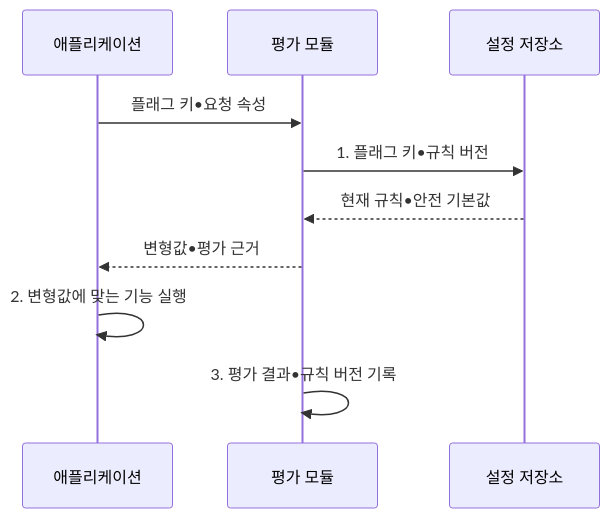
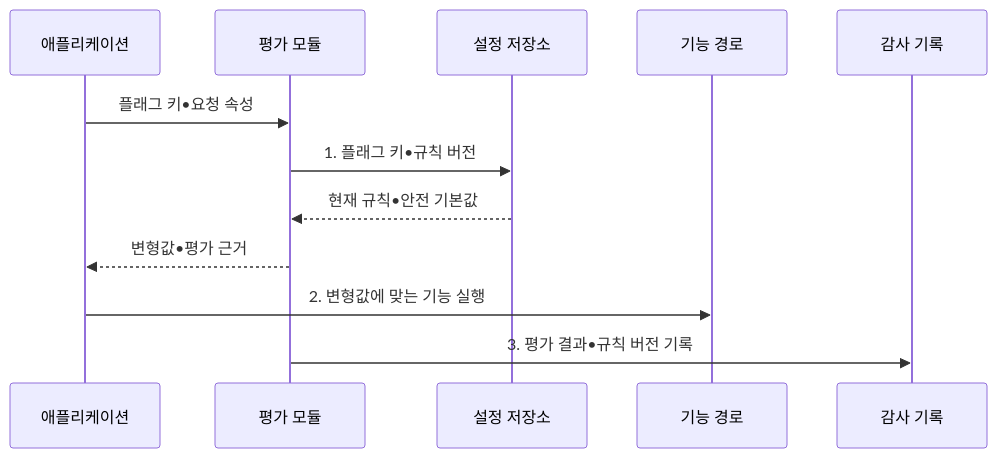
One commit to agnusdei1207/knowledge-base changed the second of 2 diagrams in src/content/docs/notes/03-software/064_feature_flag.md. Above: the diagram before and after it, drawn with Mermaid. The commit also changed other lines of this file and 8 other files, not shown here.

````diff
--- a/src/content/docs/notes/03-software/064_feature_flag.md
+++ b/src/content/docs/notes/03-software/064_feature_flag.md
@@ -108,12 +108,14 @@
 ```mermaid
 sequenceDiagram
     participant A as 애플리케이션
     participant E as 평가 모듈
     participant S as 설정 저장소
+    participant F as 기능 경로
+    participant L as 감사 기록
     A->>E: 플래그 키•요청 속성
     E->>S: 1. 플래그 키•규칙 버전
     S-->>E: 현재 규칙•안전 기본값
     E-->>A: 변형값•평가 근거
-    A->>A: 2. 변형값에 맞는 기능 실행
-    E->>E: 3. 평가 결과•규칙 버전 기록
+    A->>F: 2. 변형값에 맞는 기능 실행
+    E->>L: 3. 평가 결과•규칙 버전 기록
 ```
````
